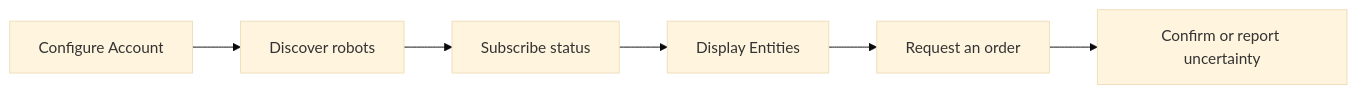
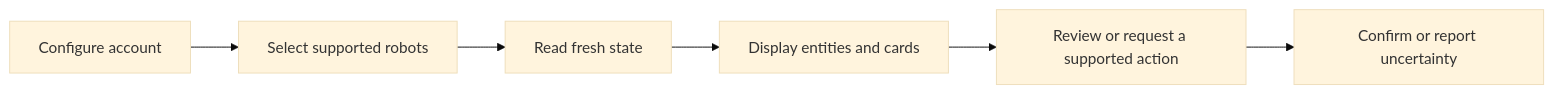
Before and after one commit to efraespada/ha-roomba-home: the diagram in specs/003-home-assistant.md, drawn with Mermaid (base theme). The commit also changed other lines of this file and 13 other files, not shown here.

First line of the commit message:
Update the integration specifications and architecture (#183)

````diff
--- a/specs/003-home-assistant.md
+++ b/specs/003-home-assistant.md
@@ -76,8 +67,8 @@
 ```mermaid
 flowchart LR
-    A[Configure Account] --> B[Discover robots]
-    B --> C[Subscribe status]
-    C --> D[Display Entities]
-    D --> E[Request an order]
+    A[Configure account] --> B[Select supported robots]
+    B --> C[Read fresh state]
+    C --> D[Display entities and cards]
+    D --> E[Review or request a supported action]
     E --> F[Confirm or report uncertainty]
 ```
````
